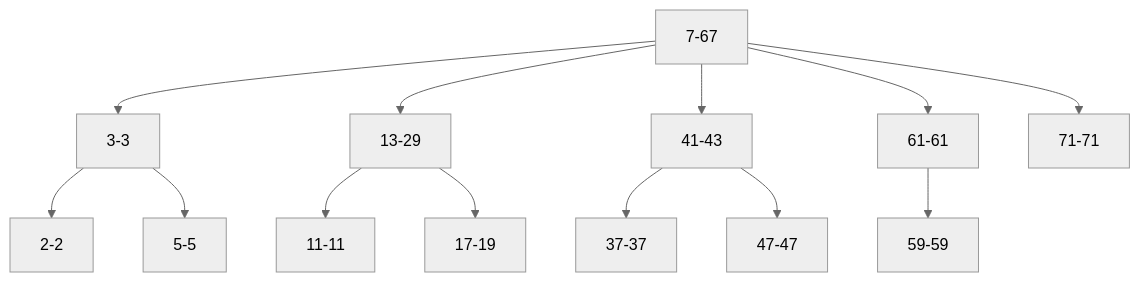
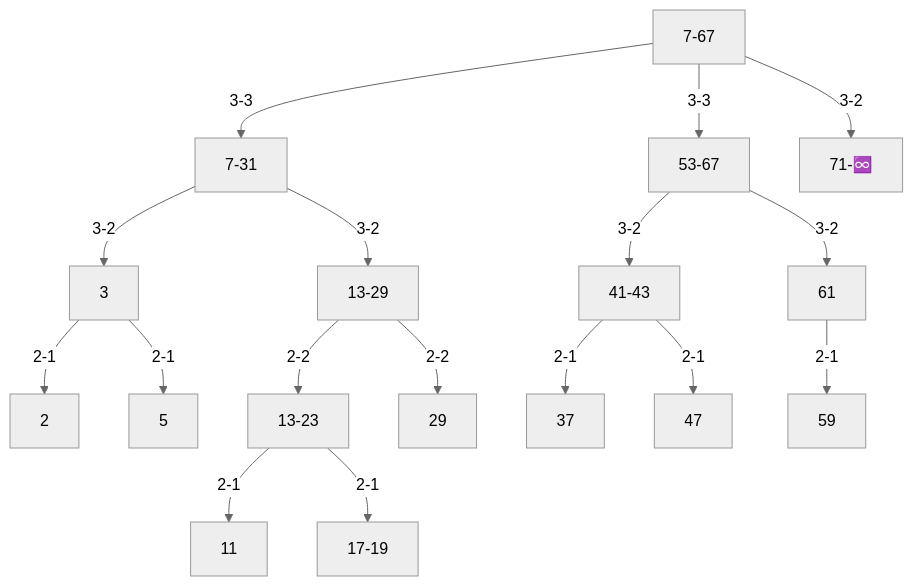
One commit to carsonfarmer/geometric-tree changed the third of 3 diagrams in README.md. Above: the diagram before and after it, drawn with Mermaid (neutral theme). The commit also changed other lines of this file and 12 other files, not shown here.

````diff
--- a/README.md
+++ b/README.md
@@ -58,28 +66,19 @@
 ```mermaid
 graph TD;
-  7-67[7-67]
-  7-67-->3-3
-  3-3[3-3]
-  3-3-->2-2
-  2-2[2-2]
-  3-3-->5-5
-  5-5[5-5]
-  7-67-->13-29
-  13-29[13-29]
-  13-29-->11-11
-  11-11[11-11]
-  13-29-->17-19
-  17-19[17-19]
-  7-67-->41-43
-  41-43[41-43]
-  41-43-->37-37
-  37-37[37-37]
-  41-43-->47-47
-  47-47[47-47]
-  7-67-->61-61
-  61-61[61-61]
-  61-61-->59-59
-  59-59[59-59]
-  7-67-->71-71
-  71-71[71-71]
+  7-67--3-3-->7-31
+  7-31--3-2-->3
+  3--2-1-->2
+  3--2-1-->5
+  7-31--3-2-->13-29
+  13-29--2-2-->13-23
+  13-23--2-1-->11
+  13-23--2-1-->17-19
+  13-29--2-2-->29
+  7-67--3-3-->53-67
+  53-67--3-2-->41-43
+  41-43--2-1-->37
+  41-43--2-1-->47
+  53-67--3-2-->61
+  61--2-1-->59
+  7-67--3-2-->71-[71-♾️]
 ```
````
